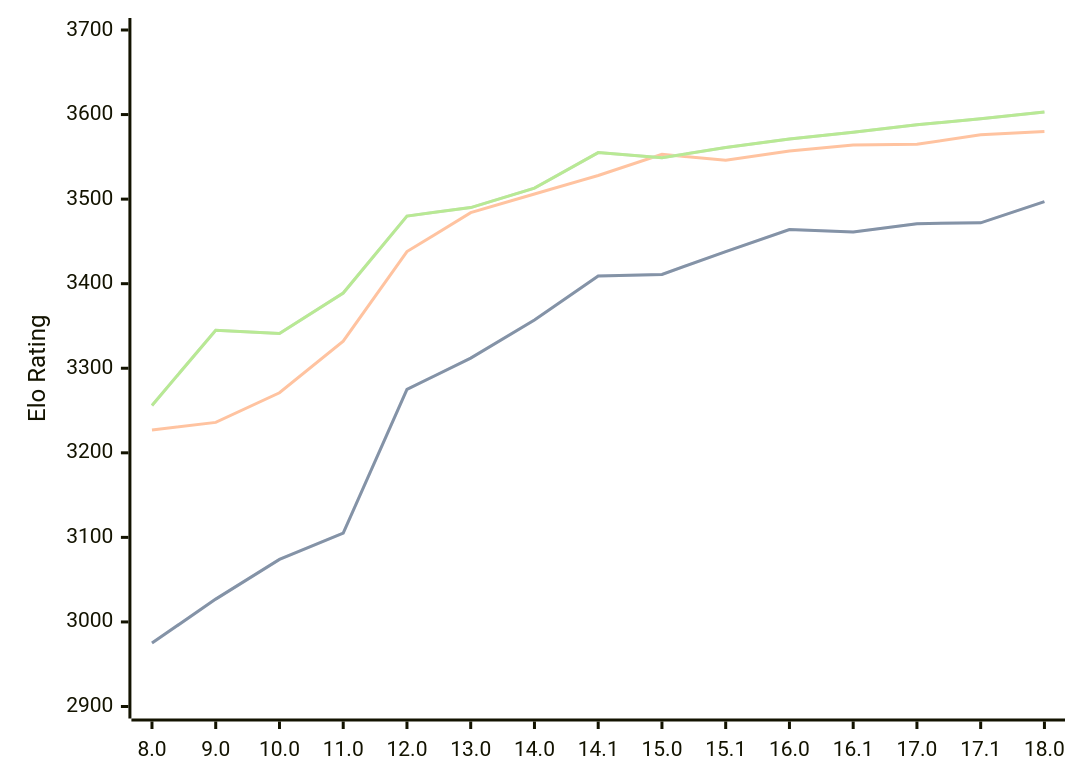
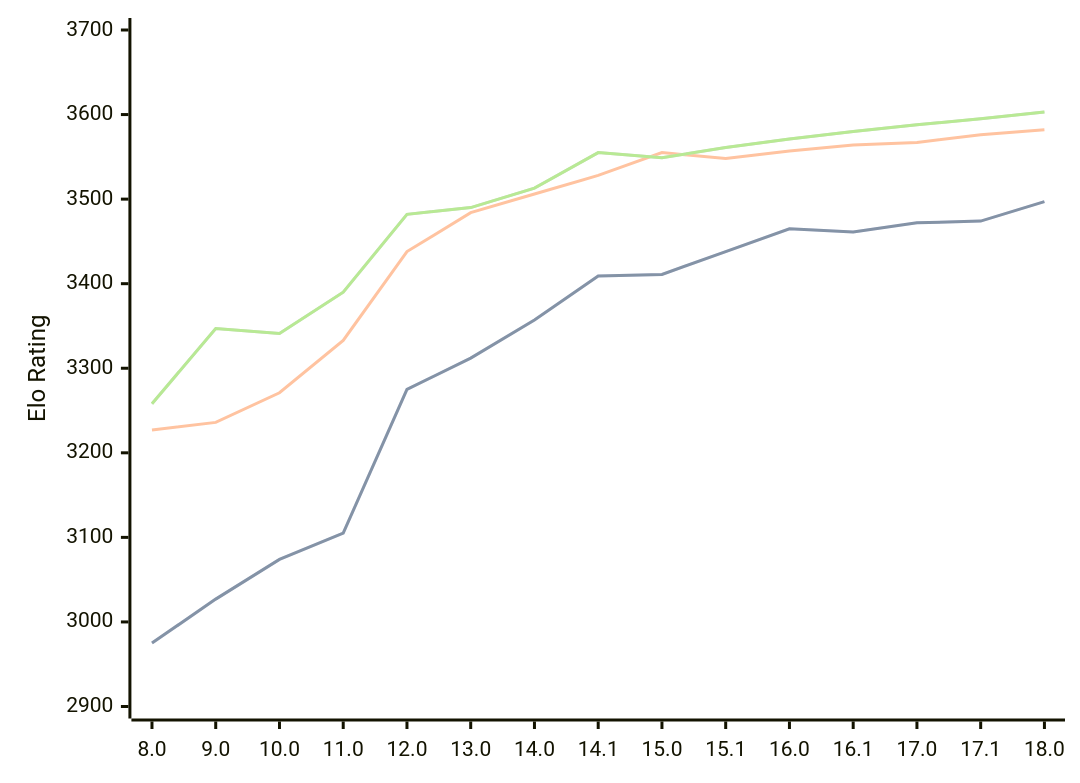
Before and after one commit to computer-chess-index/cci: the diagram in engines/Stockfish.md, drawn with Mermaid. The commit also changed other lines of this file, not shown here.

Commit message:
Update CCI Ratings (ELO VLTC) - 2026-08-17

````diff
--- a/engines/Stockfish.md
+++ b/engines/Stockfish.md
@@ -45,11 +45,11 @@
 ```mermaid
 %%{init: {"theme":"base","themeVariables":{"seriesColors:['#a3a3a3','#222221','#faa371']}}}%%
 xychart-beta
   x-axis ["8.0", "9.0", "10.0", "11.0", "12.0", "13.0", "14.0", "14.1", "15.0", "15.1", "16.0", "16.1", "17.0", "17.1", "18.0"]
   y-axis "Elo Rating" 2900 --> 3700
-  line "STC (8.0+0.08s)" [2975, 3027, 3074, 3105, 3275, 3312, 3357, 3409, 3411, 3438, 3464, 3461, 3471, 3472, 3497]
-  line "STC (8.0+0.08s)" [2975, 3027, 3074, 3105, 3275, 3312, 3357, 3409, 3411, 3438, 3464, 3461, 3471, 3472, 3497]
-  line "LTC (60.0+0.60s)" [3227, 3236, 3271, 3332, 3438, 3484, 3506, 3528, 3553, 3546, 3557, 3564, 3565, 3576, 3580]
-  line "VLTC (2m24s+1.12s)" [3256, 3345, 3341, 3389, 3480, 3490, 3513, 3555, 3549, 3561, 3571, 3579, 3588, 3595, 3603]
-  line "VLTC (2m24s+1.12s)" [3256, 3345, 3341, 3389, 3480, 3490, 3513, 3555, 3549, 3561, 3571, 3579, 3588, 3595, 3603]
+  line "STC (8.0+0.08s)" [2975, 3027, 3074, 3105, 3275, 3312, 3357, 3409, 3411, 3438, 3465, 3461, 3472, 3474, 3497]
+  line "STC (8.0+0.08s)" [2975, 3027, 3074, 3105, 3275, 3312, 3357, 3409, 3411, 3438, 3465, 3461, 3472, 3474, 3497]
+  line "LTC (60.0+0.60s)" [3227, 3236, 3271, 3333, 3438, 3484, 3506, 3528, 3555, 3548, 3557, 3564, 3567, 3576, 3582]
+  line "VLTC (2m24s+1.12s)" [3258, 3347, 3341, 3390, 3482, 3490, 3513, 3555, 3549, 3561, 3571, 3580, 3588, 3595, 3603]
+  line "VLTC (2m24s+1.12s)" [3258, 3347, 3341, 3390, 3482, 3490, 3513, 3555, 3549, 3561, 3571, 3580, 3588, 3595, 3603]
 ```
````
